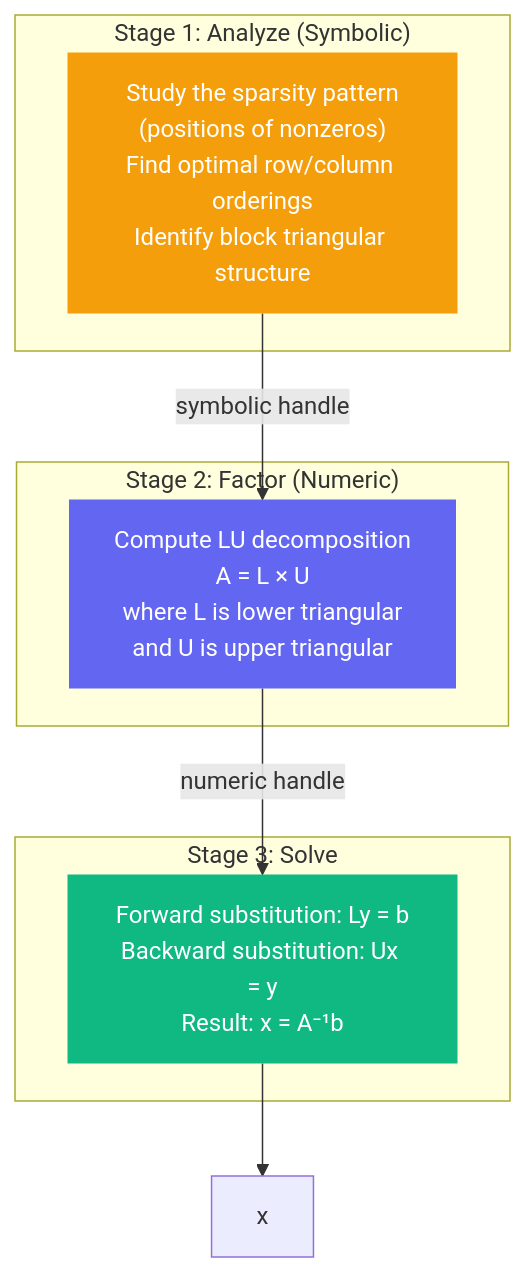
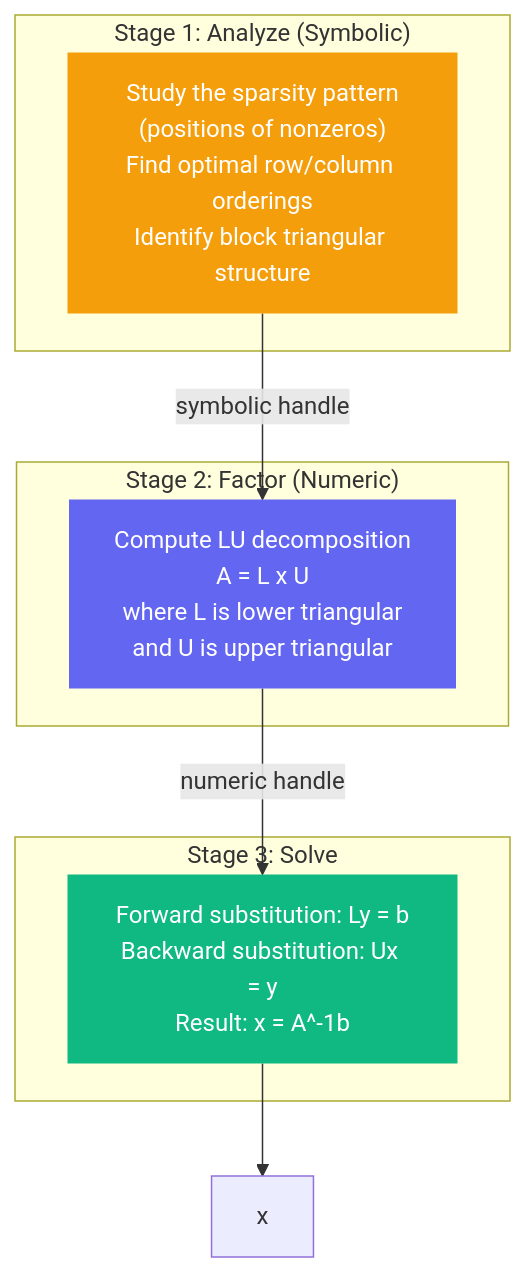
The second of 2 diagrams in docs/concepts.md (flaport/klujax), drawn with Mermaid before and after one commit. The commit also changed other lines of this file and 21 other files, not shown here.

````diff
--- a/docs/concepts.md
+++ b/docs/concepts.md
@@ -75,19 +75,19 @@
 ```mermaid
 flowchart TD
     subgraph "Stage 1: Analyze (Symbolic)"
-        AN["Study the sparsity pattern\n(positions of nonzeros)\nFind optimal row/column orderings\nIdentify block triangular structure"]
+        AN["Study the sparsity pattern\n#40;positions of nonzeros#41;\nFind optimal row/column orderings\nIdentify block triangular structure"]
     end
     subgraph "Stage 2: Factor (Numeric)"
-        FA["Compute LU decomposition\nA = L × U\nwhere L is lower triangular\nand U is upper triangular"]
+        FA["Compute LU decomposition\nA = L x U\nwhere L is lower triangular\nand U is upper triangular"]
     end
     subgraph "Stage 3: Solve"
-        SO["Forward substitution: Ly = b\nBackward substitution: Ux = y\nResult: x = A⁻¹b"]
+        SO["Forward substitution: Ly = b\nBackward substitution: Ux = y\nResult: x = A^-1b"]
     end
     AN -->|"symbolic handle"| FA
     FA -->|"numeric handle"| SO
     SO --> Result["x"]
 
     style AN fill:#f59e0b,color:#fff,stroke:none
     style FA fill:#6366f1,color:#fff,stroke:none
     style SO fill:#10b981,color:#fff,stroke:none
 ```
````
